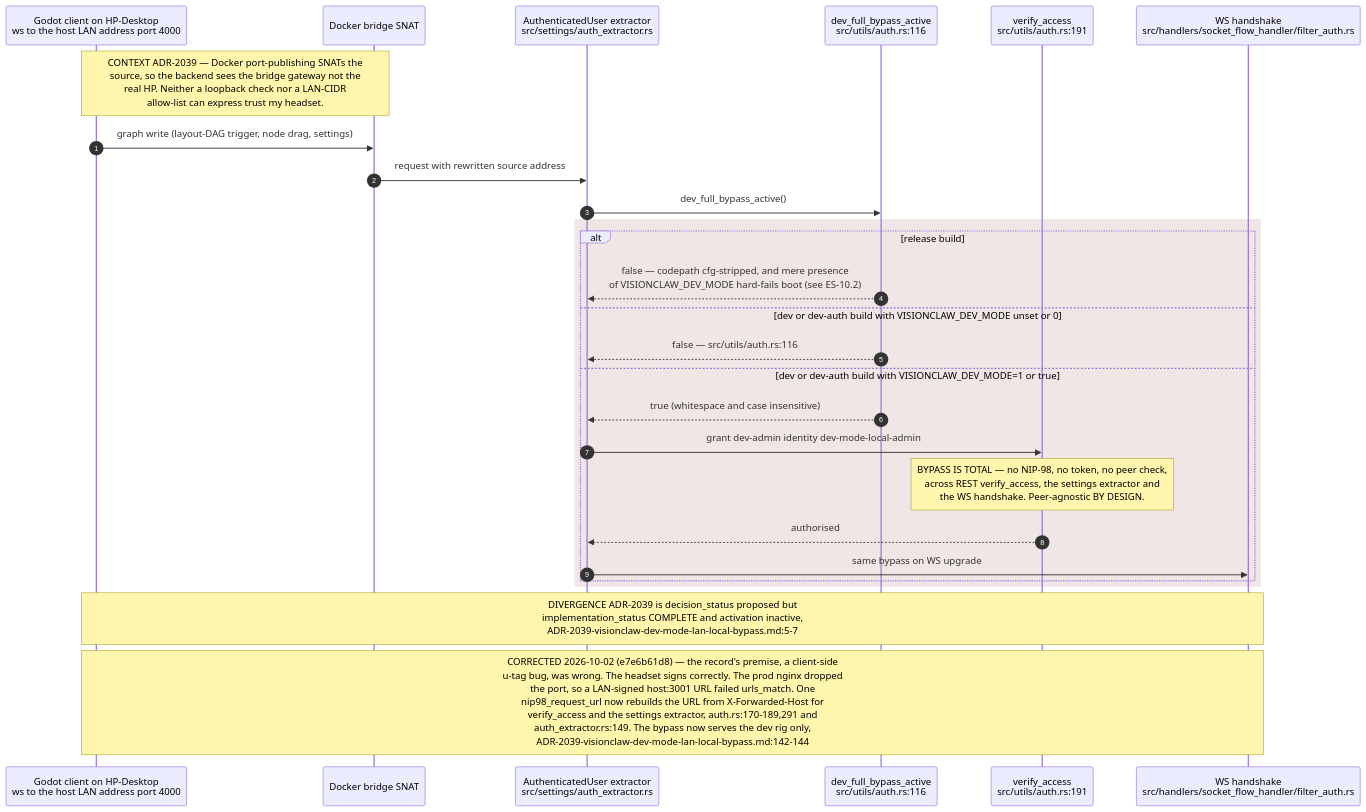
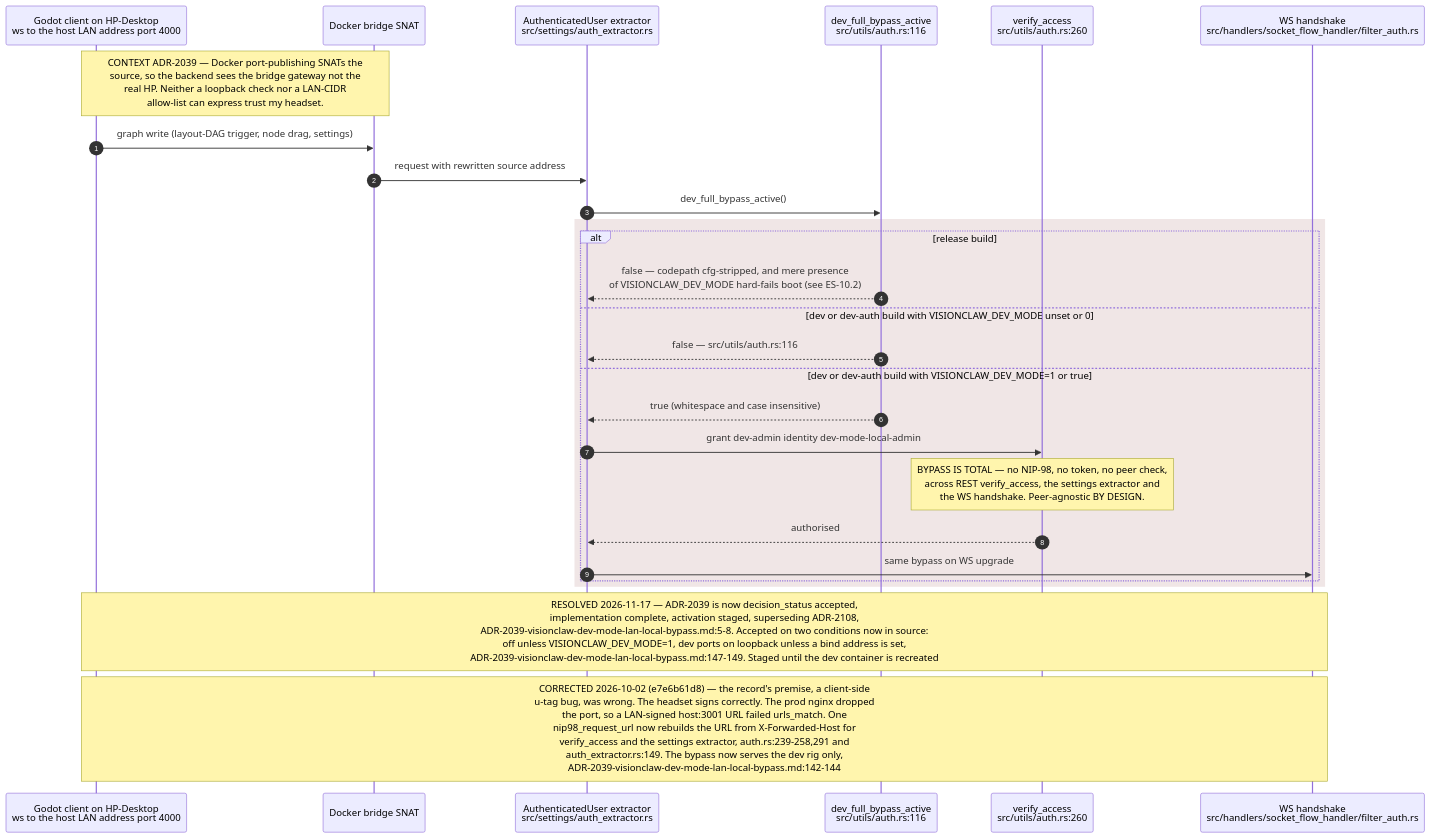
The sixth of 11 diagrams in docs/diagrams/estate/10-deployment-and-security-profiles.md (DreamLab-AI/VisionFlow), drawn with Mermaid before and after one commit. The commit also changed other lines of this file and 5 other files, not shown here.

````diff
--- a/docs/diagrams/estate/10-deployment-and-security-profiles.md
+++ b/docs/diagrams/estate/10-deployment-and-security-profiles.md
@@ -271,30 +273,30 @@
 ```mermaid
 sequenceDiagram
     autonumber
     participant HP as Godot client on HP-Desktop<br/>ws to the host LAN address port 4000
     participant DK as Docker bridge SNAT
     participant AX as AuthenticatedUser extractor<br/>src/settings/auth_extractor.rs
     participant DB as dev_full_bypass_active<br/>src/utils/auth.rs:116
-    participant VA as verify_access<br/>src/utils/auth.rs:191
+    participant VA as verify_access<br/>src/utils/auth.rs:260
     participant WS as WS handshake<br/>src/handlers/socket_flow_handler/filter_auth.rs
 
     Note over HP,DK: CONTEXT ADR-2039 — Docker port-publishing SNATs the<br/>source, so the backend sees the bridge gateway not the<br/>real HP. Neither a loopback check nor a LAN-CIDR<br/>allow-list can express trust my headset.
     HP->>DK: graph write (layout-DAG trigger, node drag, settings)
     DK->>AX: request with rewritten source address
     AX->>DB: dev_full_bypass_active()
     rect rgb(240,230,230)
     alt release build
         DB-->>AX: false — codepath cfg-stripped, and mere presence<br/>of VISIONCLAW_DEV_MODE hard-fails boot (see ES-10.2)
     else dev or dev-auth build with VISIONCLAW_DEV_MODE unset or 0
         DB-->>AX: false — src/utils/auth.rs:116
     else dev or dev-auth build with VISIONCLAW_DEV_MODE=1 or true
         DB-->>AX: true (whitespace and case insensitive)
         AX->>VA: grant dev-admin identity dev-mode-local-admin
         Note over VA: BYPASS IS TOTAL — no NIP-98, no token, no peer check,<br/>across REST verify_access, the settings extractor and<br/>the WS handshake. Peer-agnostic BY DESIGN.
         VA-->>AX: authorised
         AX->>WS: same bypass on WS upgrade
     end
     end
-    Note over HP,WS: DIVERGENCE ADR-2039 is decision_status proposed but<br/>implementation_status COMPLETE and activation inactive,<br/>ADR-2039-visionclaw-dev-mode-lan-local-bypass.md:5-7
-    Note over HP,WS: CORRECTED 2026-10-02 (e7e6b61d8) — the record's premise, a client-side<br/>u-tag bug, was wrong. The headset signs correctly. The prod nginx dropped<br/>the port, so a LAN-signed host:3001 URL failed urls_match. One<br/>nip98_request_url now rebuilds the URL from X-Forwarded-Host for<br/>verify_access and the settings extractor, auth.rs:170-189,291 and<br/>auth_extractor.rs:149. The bypass now serves the dev rig only,<br/>ADR-2039-visionclaw-dev-mode-lan-local-bypass.md:142-144
+    Note over HP,WS: RESOLVED 2026-11-17 — ADR-2039 is now decision_status accepted,<br/>implementation complete, activation staged, superseding ADR-2108,<br/>ADR-2039-visionclaw-dev-mode-lan-local-bypass.md:5-8. Accepted on two conditions now in source:<br/>off unless VISIONCLAW_DEV_MODE=1, dev ports on loopback unless a bind address is set,<br/>ADR-2039-visionclaw-dev-mode-lan-local-bypass.md:147-149. Staged until the dev container is recreated
+    Note over HP,WS: CORRECTED 2026-10-02 (e7e6b61d8) — the record's premise, a client-side<br/>u-tag bug, was wrong. The headset signs correctly. The prod nginx dropped<br/>the port, so a LAN-signed host:3001 URL failed urls_match. One<br/>nip98_request_url now rebuilds the URL from X-Forwarded-Host for<br/>verify_access and the settings extractor, auth.rs:239-258,291 and<br/>auth_extractor.rs:149. The bypass now serves the dev rig only,<br/>ADR-2039-visionclaw-dev-mode-lan-local-bypass.md:142-144
 ```
````
